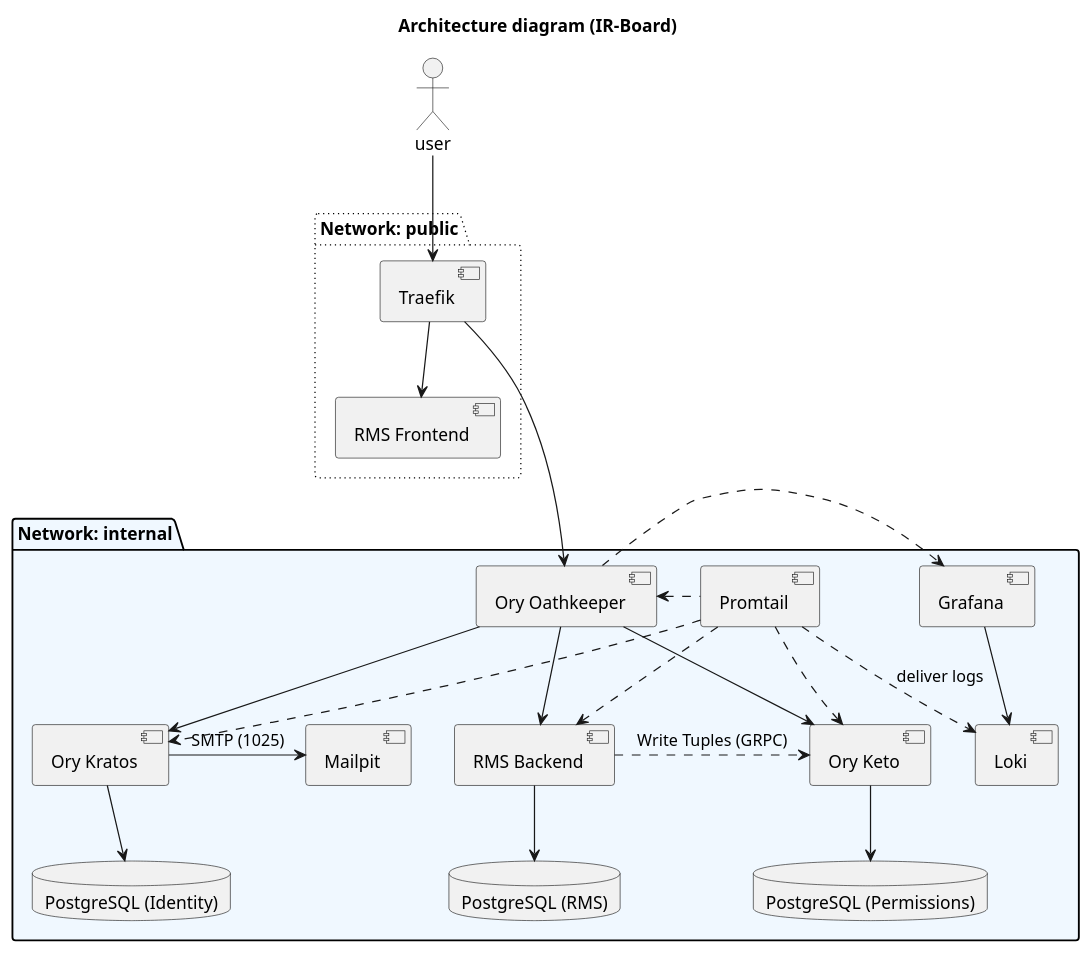
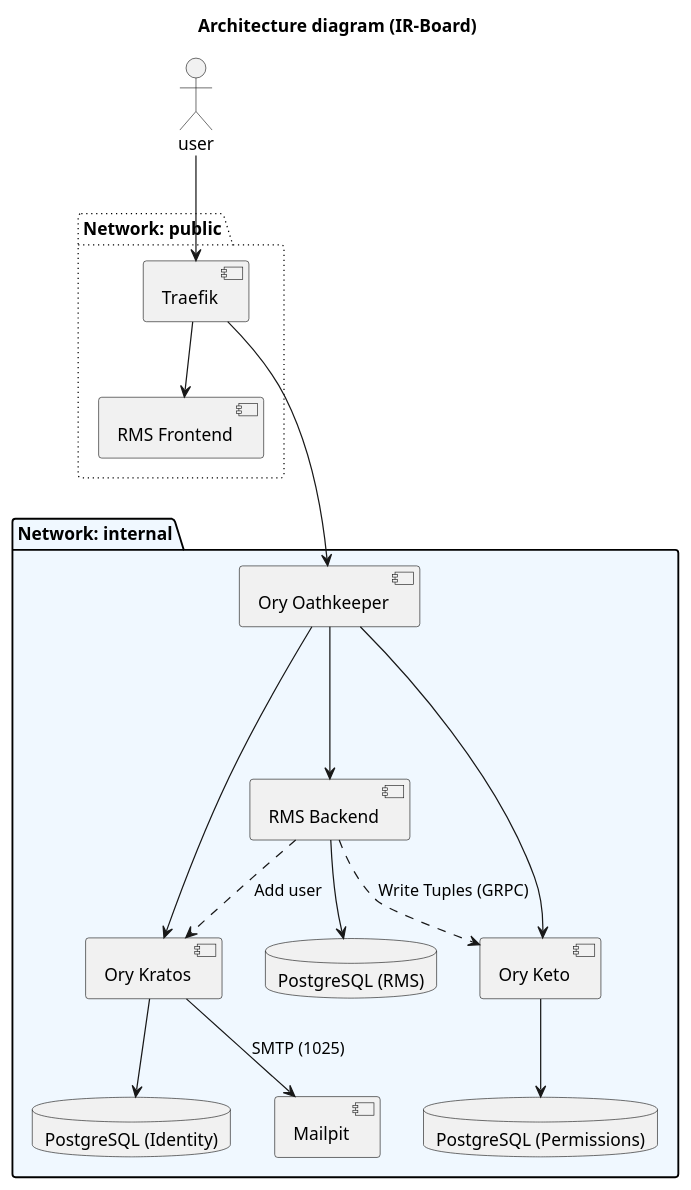
The diagram in docs/assets/diagrams/Architecture.puml (Y4vra/IRBoard), drawn with PlantUML before and after one commit. The commit also changed 5 other files, not shown here.

```diff
--- a/docs/assets/diagrams/Architecture.puml
+++ b/docs/assets/diagrams/Architecture.puml
@@ -1,60 +1,48 @@
 @startuml ArchitectureC2
 title Architecture diagram (IR-Board)
 
 actor user
 
 ' Redes (Networks)
 package "Network: public" #line.dotted {
     [RMS Frontend] as front
     [Traefik] as gateway
 }
 
 package "Network: internal" #AliceBlue {
     [Ory Oathkeeper] as proxy
     [Ory Kratos] as kratos
     [Ory Keto] as keto
     [RMS Backend] as backend
-    [Loki]
-    [Grafana]
-    [Promtail]
     [Mailpit] as mail
     
     database "PostgreSQL (RMS)" as db_rms
     database "PostgreSQL (Identity)" as db_auth
     database "PostgreSQL (Permissions)" as db_perm
 }
 
 ' Conexiones de tráfico
 user -down-> gateway
 gateway -down-> front 
 gateway -down--> proxy 
 
 ' Consultas internas Ory
-proxy -> kratos 
-proxy -left-> keto 
-proxy .> Grafana
+proxy ---> kratos 
+proxy ---> keto 
 
 ' Paso final al Backend
-proxy -down-> backend
+proxy -down--> backend
 
 ' mailing provisional
-kratos -> mail : SMTP (1025)
+kratos --> mail : SMTP (1025)
 
 ' Persistencia
-backend .> keto : Write Tuples (GRPC)
+backend ..> keto : Write Tuples (GRPC)
+backend ..> kratos : Add user
 
 backend -down-> db_rms
 kratos -down-> db_auth
 keto -down-> db_perm
 
-' Observabilidad
-
-Grafana --> Loki
-Promtail ..> Loki : deliver logs
-Promtail ..> kratos
-Promtail ..> keto
-Promtail ..> backend
-Promtail .left.> proxy
-
 
 @enduml
```
